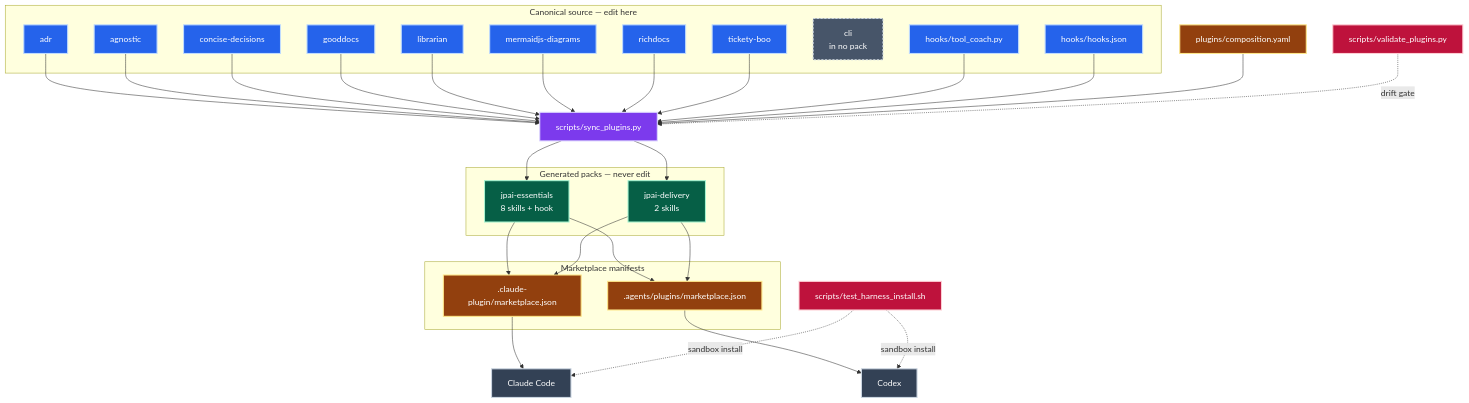
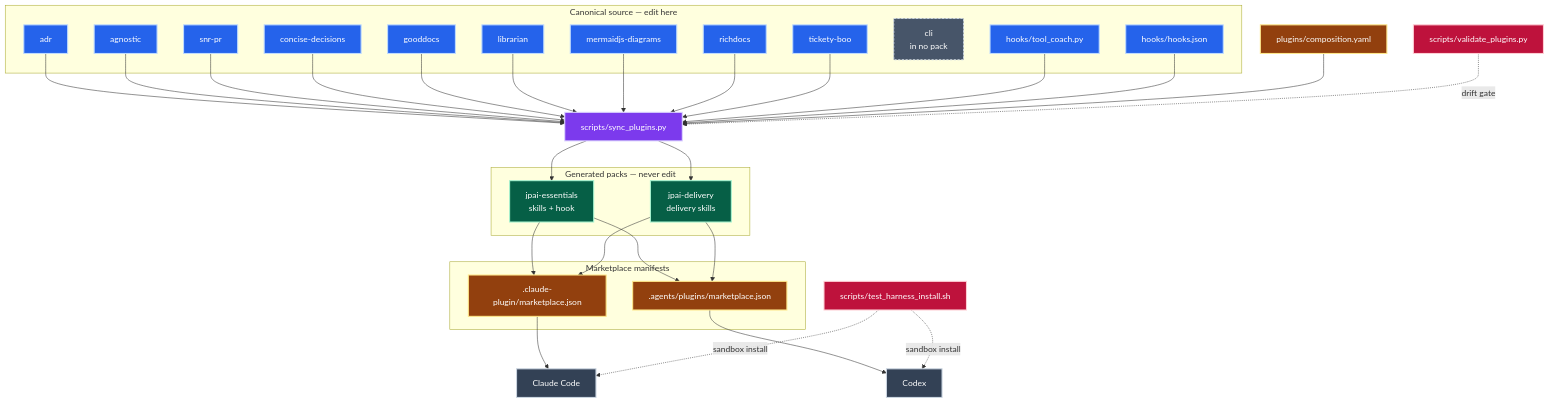
The second of 2 diagrams in README.md (jpeakai/skills), drawn with Mermaid before and after one commit. The commit also changed other lines of this file and 118 other files, not shown here.

````diff
--- a/README.md
+++ b/README.md
@@ -157,53 +158,54 @@
 ```mermaid
 flowchart TB
     subgraph canon["Canonical source — edit here"]
         AD[adr]:::src
         AG[agnostic]:::src
+        BP[snr-pr]:::src
         CD[concise-decisions]:::src
         GD[gooddocs]:::src
         LB[librarian]:::src
         MD[mermaidjs-diagrams]:::src
         RD[richdocs]:::src
         TB[tickety-boo]:::src
         CLI["cli<br/>in no pack"]:::orphan
         TC["hooks/tool_coach.py"]:::src
         HJ["hooks/hooks.json"]:::src
     end
 
     CF["plugins/composition.yaml"]:::cfg
     SY["scripts/sync_plugins.py"]:::proc
     VL["scripts/validate_plugins.py"]:::gate
     TH["scripts/test_harness_install.sh"]:::gate
 
     subgraph packs["Generated packs — never edit"]
-        ES["jpai-essentials<br/>8 skills + hook"]:::pack
-        DL["jpai-delivery<br/>2 skills"]:::pack
+        ES["jpai-essentials<br/>skills + hook"]:::pack
+        DL["jpai-delivery<br/>delivery skills"]:::pack
     end
 
     subgraph mkt["Marketplace manifests"]
         CM[".claude-plugin/marketplace.json"]:::cfg
         XM[".agents/plugins/marketplace.json"]:::cfg
     end
 
     CC["Claude Code"]:::host
     CX["Codex"]:::host
 
-    AD & AG & CD & GD & LB & MD & RD & TB --> SY
+    AD & AG & BP & CD & GD & LB & MD & RD & TB --> SY
     TC & HJ --> SY
     CF --> SY
     SY --> ES
     SY --> DL
     VL -.->|drift gate| SY
     ES & DL --> CM --> CC
     ES & DL --> XM --> CX
     TH -.->|sandbox install| CC
     TH -.->|sandbox install| CX
 
     classDef src    fill:#2563eb,stroke:#bfdbfe,color:#ffffff,stroke-width:2px
     classDef orphan fill:#475569,stroke:#cbd5e1,color:#ffffff,stroke-width:2px,stroke-dasharray:4 3
     classDef cfg    fill:#92400e,stroke:#fde68a,color:#ffffff,stroke-width:2px
     classDef proc   fill:#7c3aed,stroke:#ddd6fe,color:#ffffff,stroke-width:2px
     classDef gate   fill:#be123c,stroke:#fecdd3,color:#ffffff,stroke-width:2px
     classDef pack   fill:#065f46,stroke:#a7f3d0,color:#ffffff,stroke-width:2px
     classDef host   fill:#334155,stroke:#cbd5e1,color:#ffffff,stroke-width:2px
 ```
````
